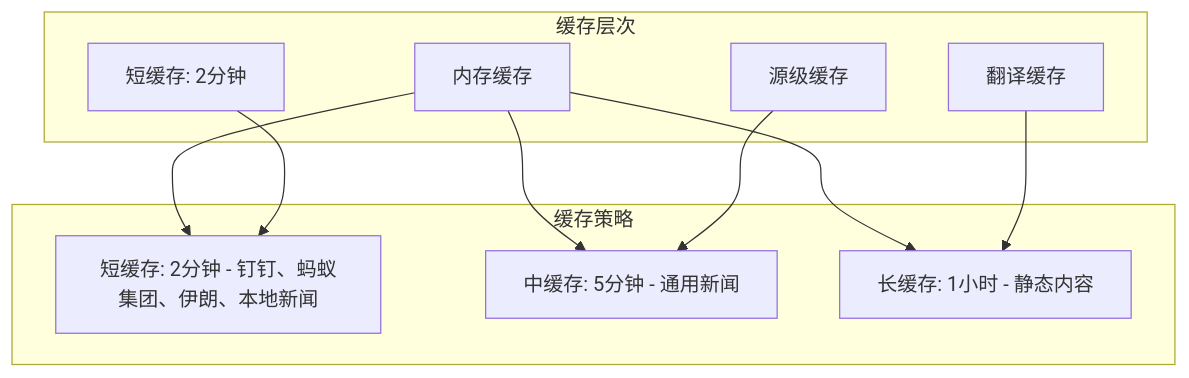
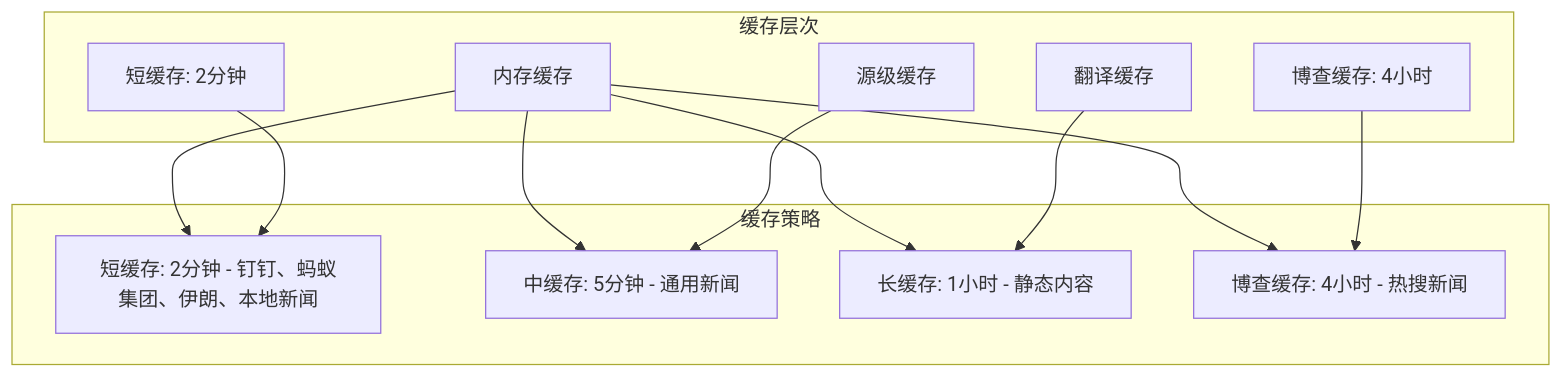
The fifth of 13 diagrams in .qoder/repowiki/zh/content/核心功能模块/新闻数据获取系统.md (zuozuoliu740-cmd/xianxiong-news), drawn with Mermaid before and after one commit. The commit also changed other lines of this file and 72 other files, not shown here.

````diff
--- a/.qoder/repowiki/zh/content/核心功能模块/新闻数据获取系统.md
+++ b/.qoder/repowiki/zh/content/核心功能模块/新闻数据获取系统.md
@@ -562,20 +302,24 @@
 ```mermaid
 graph TB
 subgraph "缓存层次"
 MemoryCache[内存缓存]
 SourceCache[源级缓存]
 TranslateCache[翻译缓存]
+BochaCache[博查缓存: 4小时]
 ShortCache[短缓存: 2分钟]
 end
 subgraph "缓存策略"
 ShortTTL[短缓存: 2分钟 - 钉钉、蚂蚁集团、伊朗、本地新闻]
 MediumTTL[中缓存: 5分钟 - 通用新闻]
 LongTTL[长缓存: 1小时 - 静态内容]
+BochaTTL[博查缓存: 4小时 - 热搜新闻]
 end
 MemoryCache --> ShortTTL
 MemoryCache --> MediumTTL
 MemoryCache --> LongTTL
+MemoryCache --> BochaTTL
 SourceCache --> MediumTTL
 TranslateCache --> LongTTL
+BochaCache --> BochaTTL
 ShortCache --> ShortTTL
 ```
````
